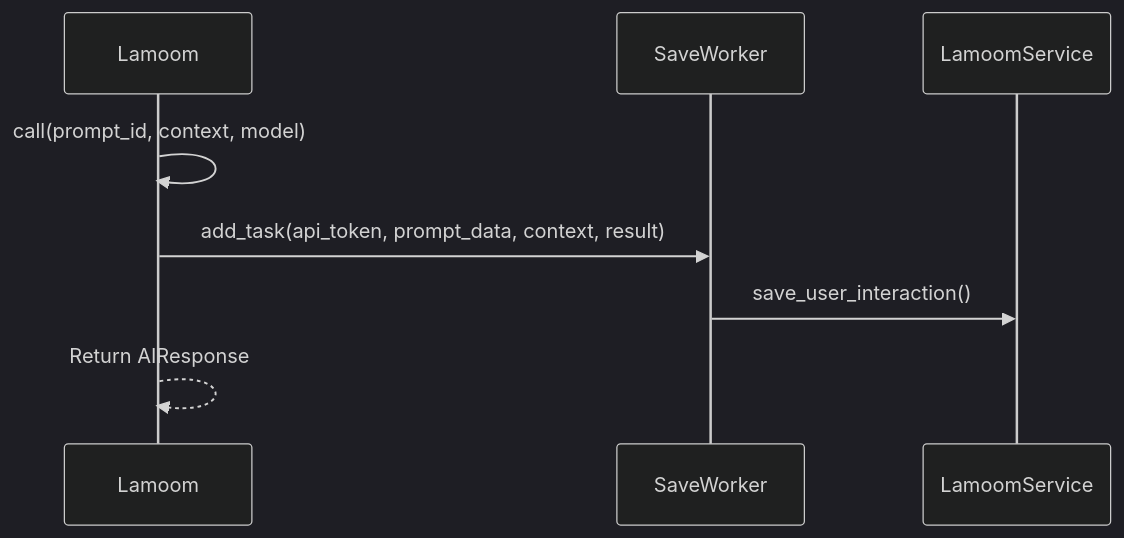
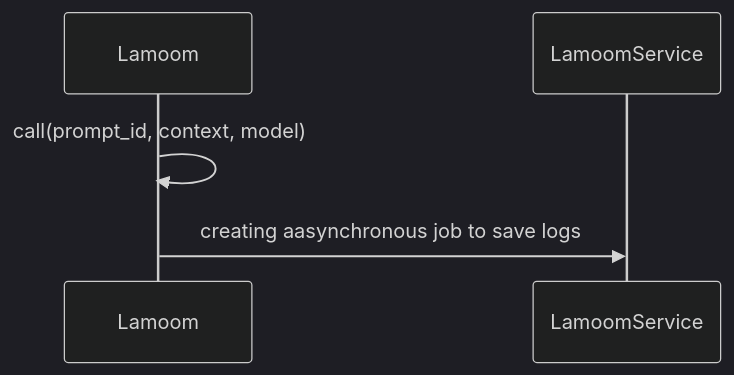
The third of 4 diagrams in README.md (LamoomAI/lamoom-python), drawn with Mermaid (dark theme) before and after one commit. The commit also changed other lines of this file, not shown here.

Commit message:
Updated markdown w. schema, seq test

````diff
--- a/README.md
+++ b/README.md
@@ -74,7 +73,5 @@
 ```mermaid
 sequenceDiagram
     Lamoom->>Lamoom: call(prompt_id, context, model)
-    Lamoom->>SaveWorker: add_task(api_token, prompt_data, context, result)
-    SaveWorker->>LamoomService: save_user_interaction()
-    Lamoom-->>Lamoom: Return AIResponse
+    Lamoom->>LamoomService: creating aasynchronous job to save logs
 ```
````
